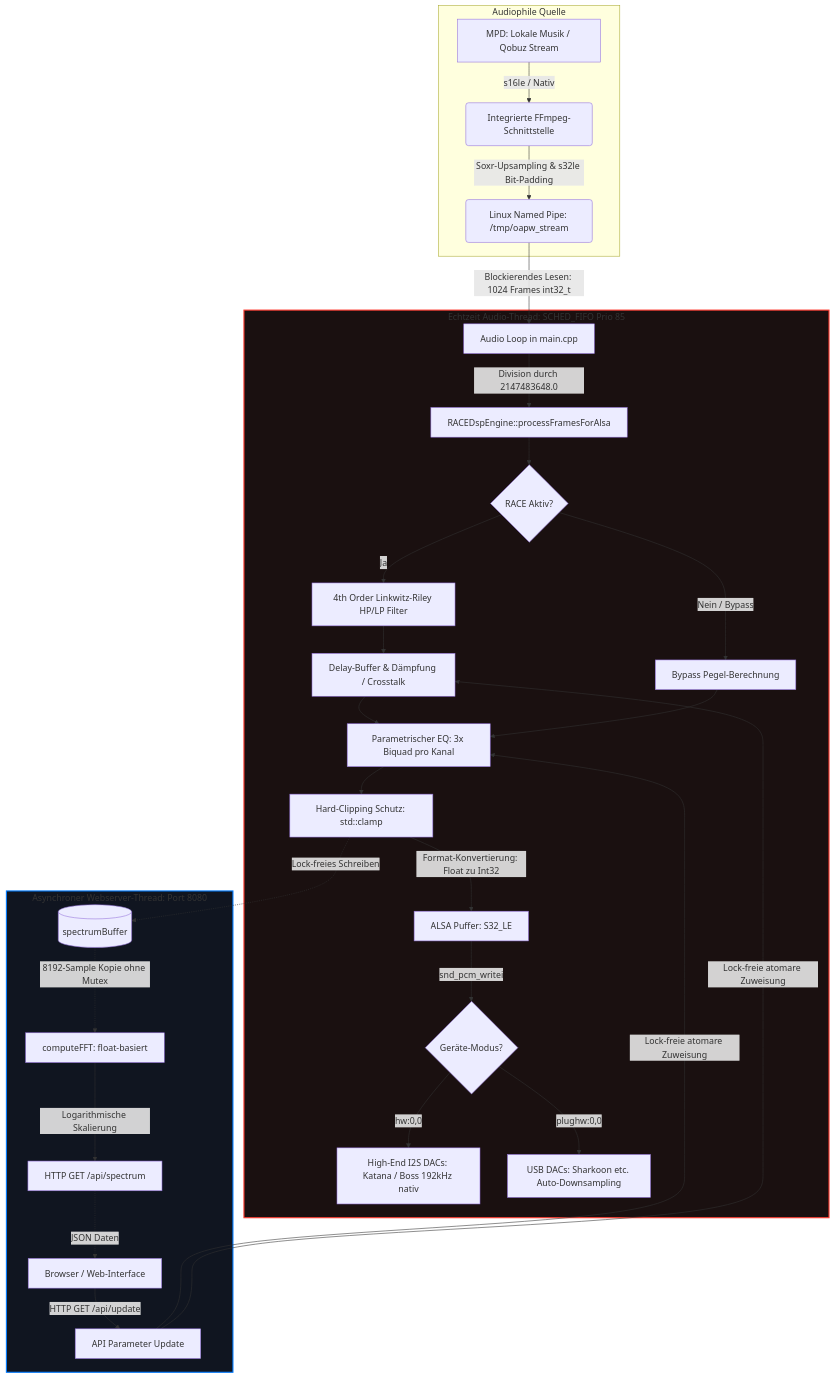
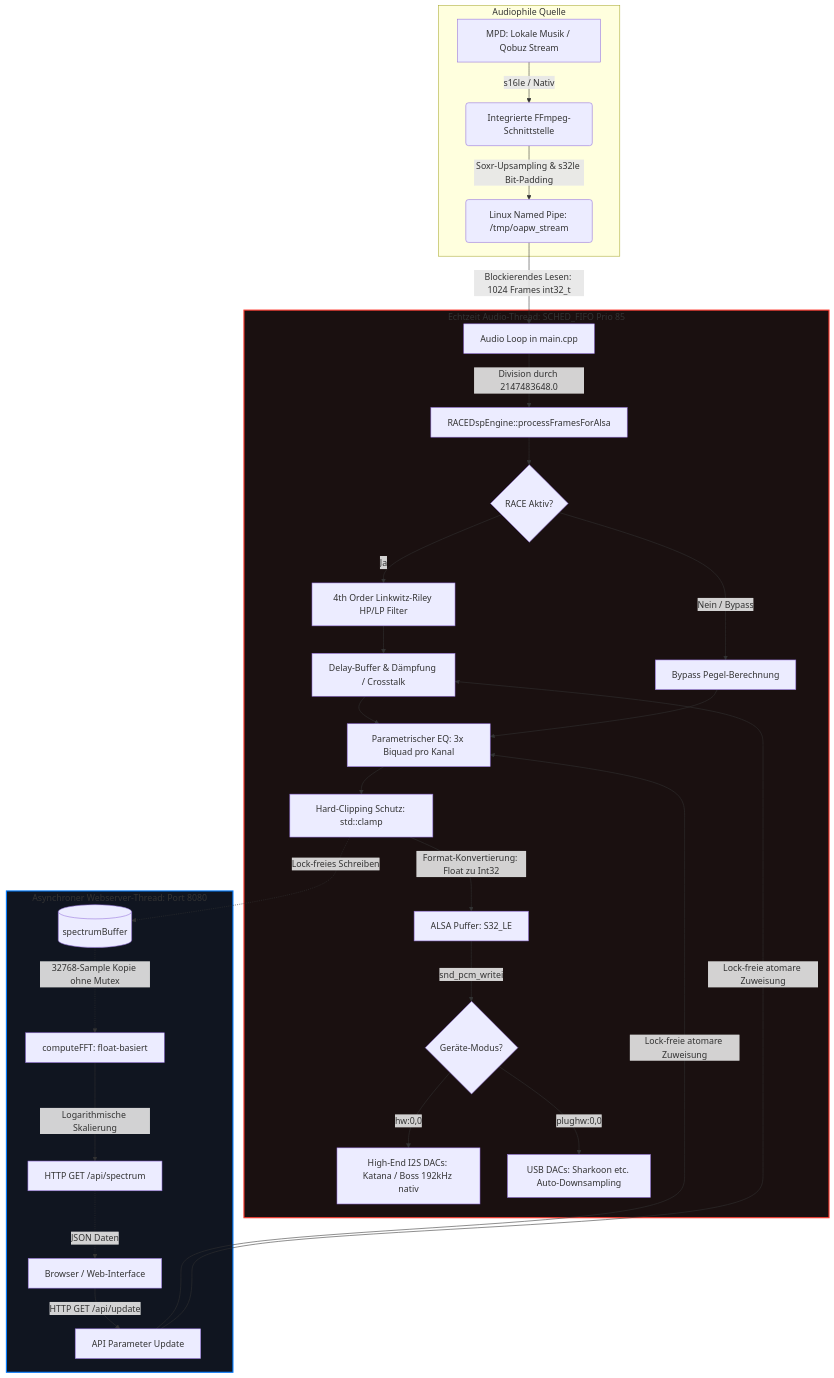
One commit to druthibautgmail/OAPW_HiFi changed the diagram in README.md. Above: the diagram before and after it, drawn with Mermaid.

Commit message:
Mermaid-Diagramm aktualisiert.

````diff
--- a/README.md
+++ b/README.md
@@ -24,48 +24,48 @@
 ```mermaid
 graph TD
     %% Datenquellen & Input
     subgraph Stream_Quelle [Audiophile Quelle]
         A[MPD: Lokale Musik / Qobuz Stream] -->|s16le / Nativ| B(Integrierte FFmpeg-Schnittstelle)
         B -->|Soxr-Upsampling & s32le Bit-Padding| C(Linux Named Pipe: /tmp/oapw_stream)
     end
 
     %% Echtzeit-Audio-Verarbeitung
     subgraph Echtzeit_Audio_Thread [Echtzeit Audio-Thread: SCHED_FIFO Prio 85]
         C -->|Blockierendes Lesen: 1024 Frames int32_t| D[Audio Loop in main.cpp]
         D -->|Division durch 2147483648.0| E[RACEDspEngine::processFramesForAlsa]
         
         %% DSP Details
         E --> F{RACE Aktiv?}
         F -->|Ja| G[4th Order Linkwitz-Riley HP/LP Filter]
         G --> H[Delay-Buffer & Dämpfung / Crosstalk]
         F -->|Nein / Bypass| I[Bypass Pegel-Berechnung]
         
         H --> J[Parametrischer EQ: 3x Biquad pro Kanal]
         I --> J
         J --> K[Hard-Clipping Schutz: std::clamp]
         
         %% Output & Hardware
         K -->|Format-Konvertierung: Float zu Int32| L[ALSA Puffer: S32_LE]
         L -->|snd_pcm_writei| M{Geräte-Modus?}
         
         %% DAC Varianten
         M -->|hw:0,0| N[High-End I2S DACs: Katana / Boss 192kHz nativ]
         M -->|plughw:0,0| O[USB DACs: Sharkoon etc. Auto-Downsampling]
     end
 
     %% Web-Interface & Steuerung
     subgraph Asynchroner_GUI_Thread [Asynchroner Webserver-Thread: Port 8080]
         P[Browser / Web-Interface] -->|HTTP GET /api/update| Q[API Parameter Update]
         Q -->|Lock-freie atomare Zuweisung| J
         Q -->|Lock-freie atomare Zuweisung| H
         
         K -.->|Lock-freies Schreiben| R[(spectrumBuffer)]
-        R -.->|8192-Sample Kopie ohne Mutex| S[computeFFT: float-basiert]
+        R -.->|32768-Sample Kopie ohne Mutex| S[computeFFT: float-basiert]
         S -->|Logarithmische Skalierung| T[HTTP GET /api/spectrum]
         T -.->|JSON Daten| P
     end
 
     %% Styling
     style Echtzeit_Audio_Thread fill:#1a1010,stroke:#ff3b30,stroke-width:2px;
     style Asynchroner_GUI_Thread fill:#101520,stroke:#007aff,stroke-width:2px;
 ```
````
